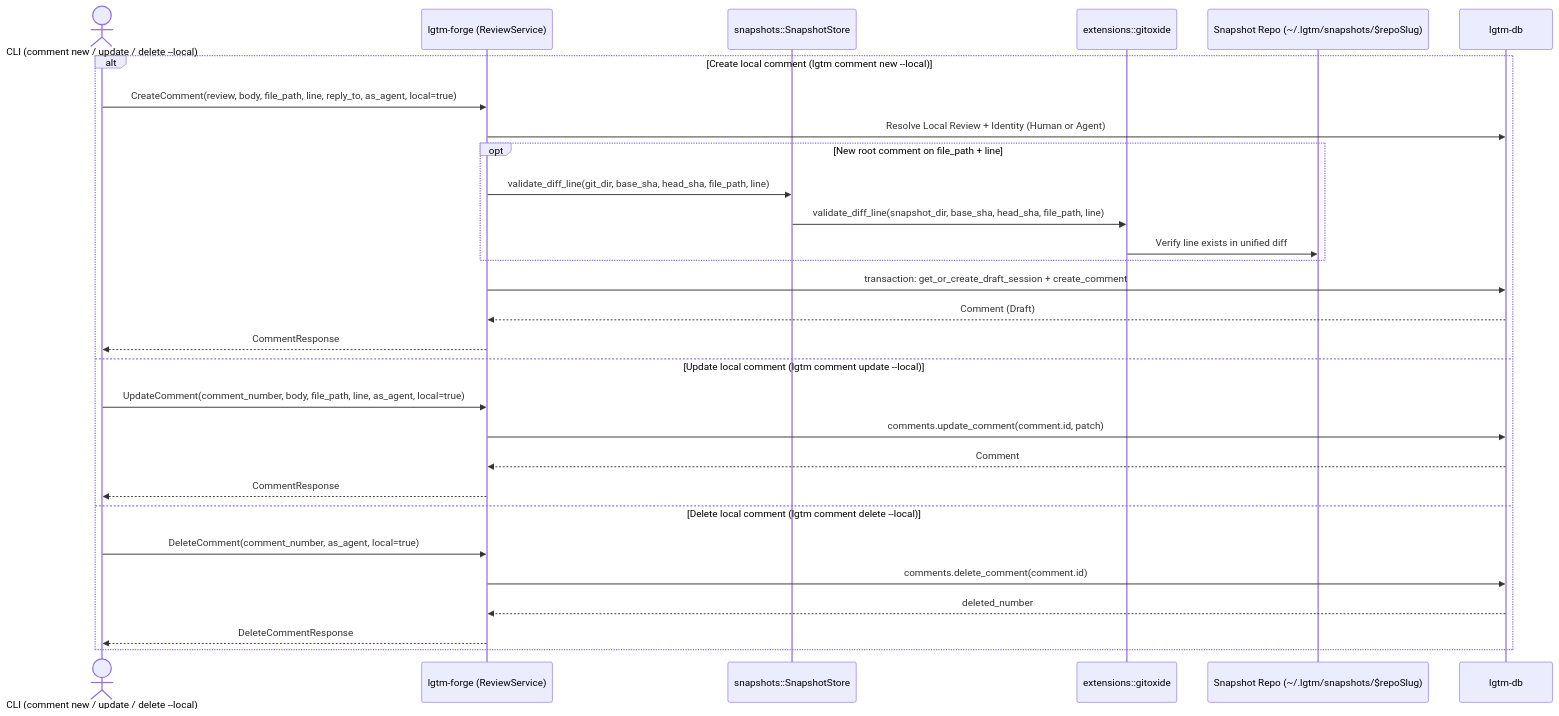
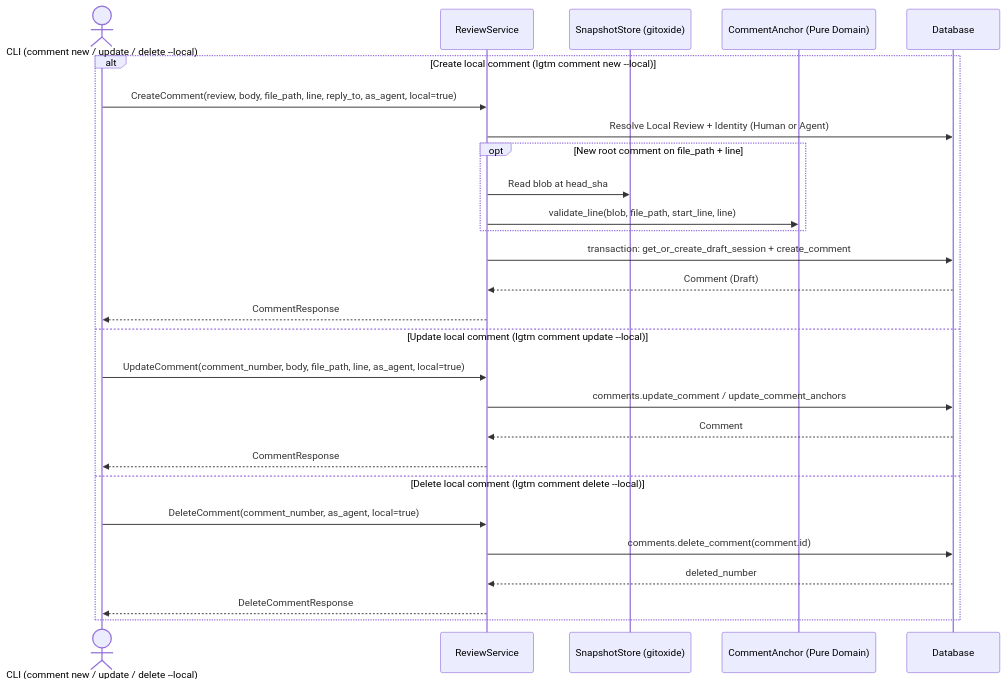
The eighth of 11 diagrams in docs/architecture/forge/index.md (difflab-io/lgtm), drawn with Mermaid before and after one commit. The commit also changed other lines of this file and 26 other files, not shown here.

Commit message:
feat(forge,cli): isolate local snapshot store, purify domain models, and refine authorship

````diff
--- a/docs/architecture/forge/index.md
+++ b/docs/architecture/forge/index.md
@@ -444,32 +424,30 @@
 ```mermaid
 sequenceDiagram
     actor Caller as CLI (comment new / update / delete --local)
-    participant Service as lgtm-forge (ReviewService)
-    participant SnapStore as snapshots::SnapshotStore
-    participant Gix as extensions::gitoxide
-    participant Snapshot as Snapshot Repo (~/.lgtm/snapshots/$repoSlug)
-    participant DB as lgtm-db
+    participant Service as ReviewService
+    participant SnapStore as SnapshotStore (gitoxide)
+    participant Anchor as CommentAnchor (Pure Domain)
+    participant DB as Database
 
     alt Create local comment (lgtm comment new --local)
         Caller->>Service: CreateComment(review, body, file_path, line, reply_to, as_agent, local=true)
         Service->>DB: Resolve Local Review + Identity (Human or Agent)
         opt New root comment on file_path + line
-            Service->>SnapStore: validate_diff_line(git_dir, base_sha, head_sha, file_path, line)
-            SnapStore->>Gix: validate_diff_line(snapshot_dir, base_sha, head_sha, file_path, line)
-            Gix->>Snapshot: Verify line exists in unified diff
+            Service->>SnapStore: Read blob at head_sha
+            Service->>Anchor: validate_line(blob, file_path, start_line, line)
         end
         Service->>DB: transaction: get_or_create_draft_session + create_comment
         DB-->>Service: Comment (Draft)
         Service-->>Caller: CommentResponse
     else Update local comment (lgtm comment update --local)
         Caller->>Service: UpdateComment(comment_number, body, file_path, line, as_agent, local=true)
-        Service->>DB: comments.update_comment(comment.id, patch)
+        Service->>DB: comments.update_comment / update_comment_anchors
         DB-->>Service: Comment
         Service-->>Caller: CommentResponse
     else Delete local comment (lgtm comment delete --local)
         Caller->>Service: DeleteComment(comment_number, as_agent, local=true)
         Service->>DB: comments.delete_comment(comment.id)
         DB-->>Service: deleted_number
         Service-->>Caller: DeleteCommentResponse
     end
 ```
````
